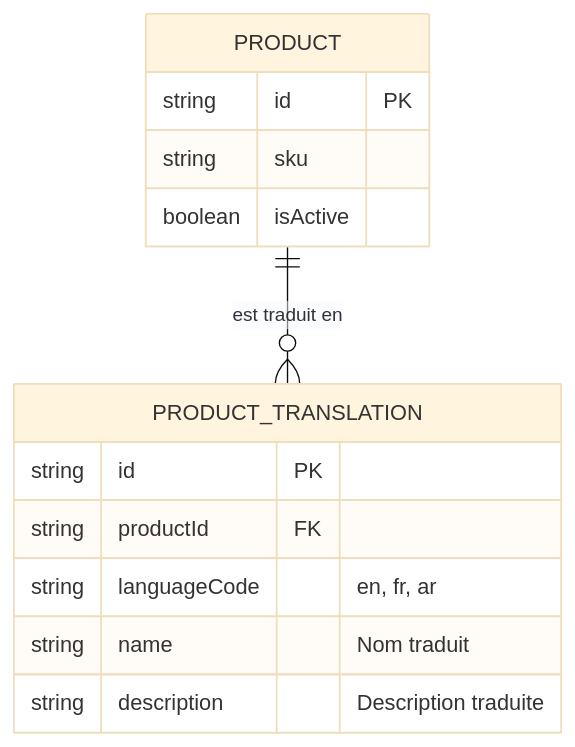
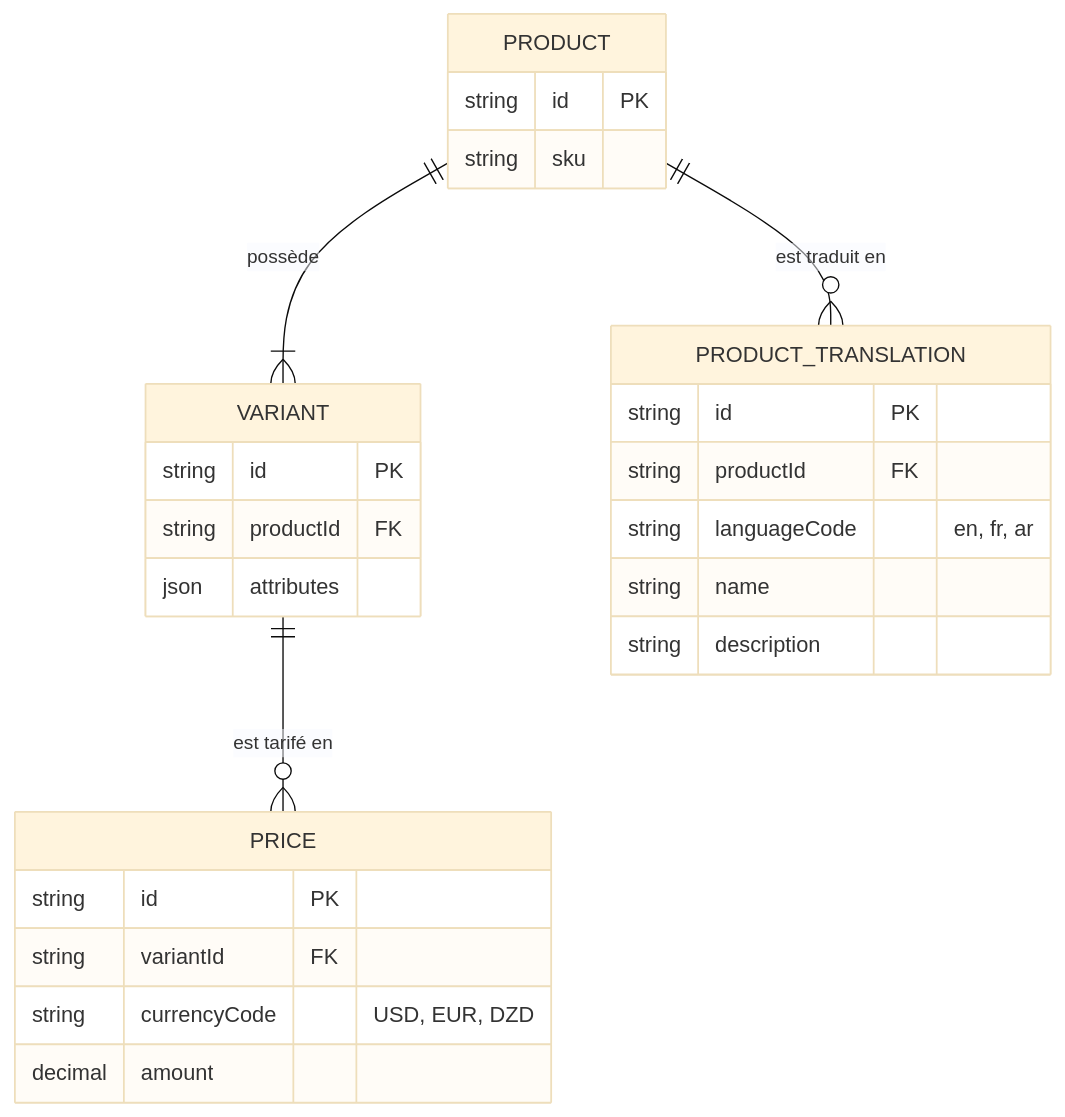
The second of 4 diagrams in i18n.md (HarcheSamir/esisba-lirmm-ecommerce), drawn with Mermaid (base theme) before and after one commit. The commit also changed other lines of this file, not shown here.

````diff
--- a/i18n.md
+++ b/i18n.md
@@ -76,18 +49,29 @@
 ```mermaid
 erDiagram
+    PRODUCT ||--|{ VARIANT : "possède"
     PRODUCT ||--o{ PRODUCT_TRANSLATION : "est traduit en"
+    VARIANT ||--o{ PRICE : "est tarifé en"
 
     PRODUCT {
         string id PK
         string sku
-        boolean isActive
     }
-
     PRODUCT_TRANSLATION {
         string id PK
         string productId FK
         string languageCode "en, fr, ar"
-        string name "Nom traduit"
-        string description "Description traduite"
+        string name
+        string description
+    }
+    VARIANT {
+        string id PK
+        string productId FK
+        json attributes
+    }
+    PRICE {
+        string id PK
+        string variantId FK
+        string currencyCode "USD, EUR, DZD"
+        decimal amount
     }
 ```
````
